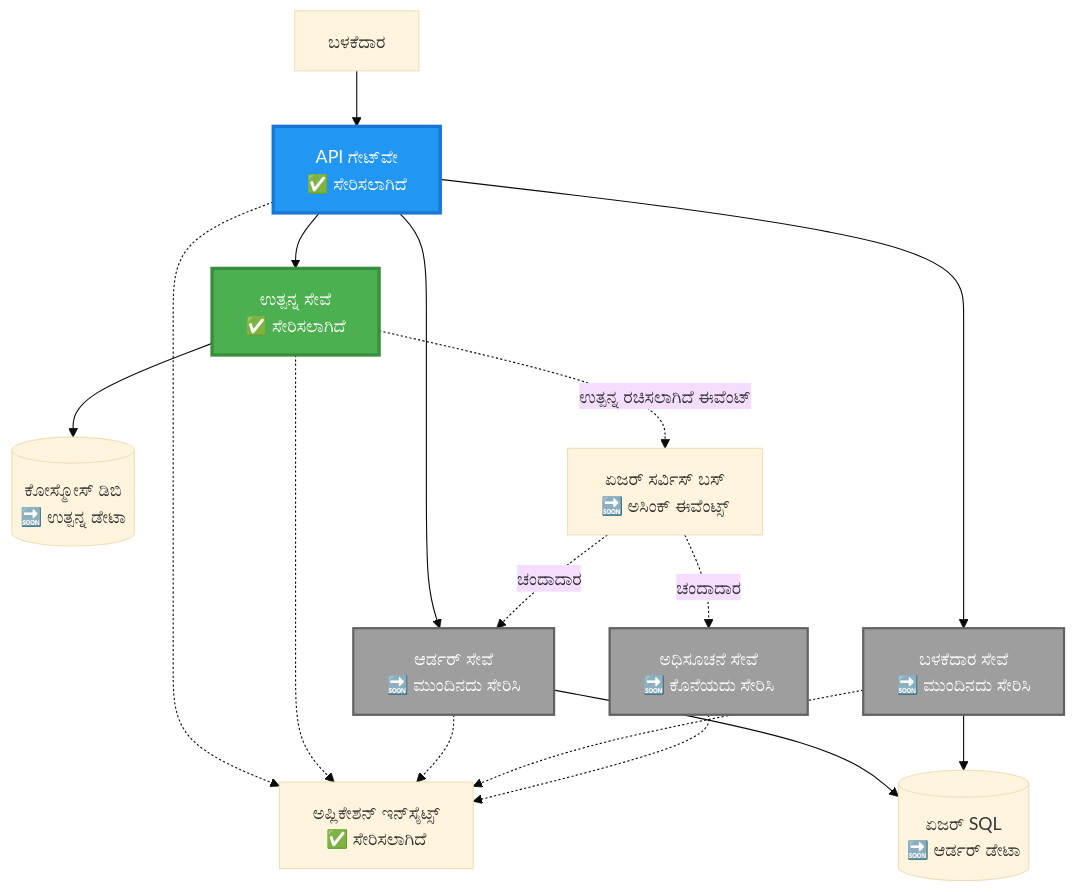
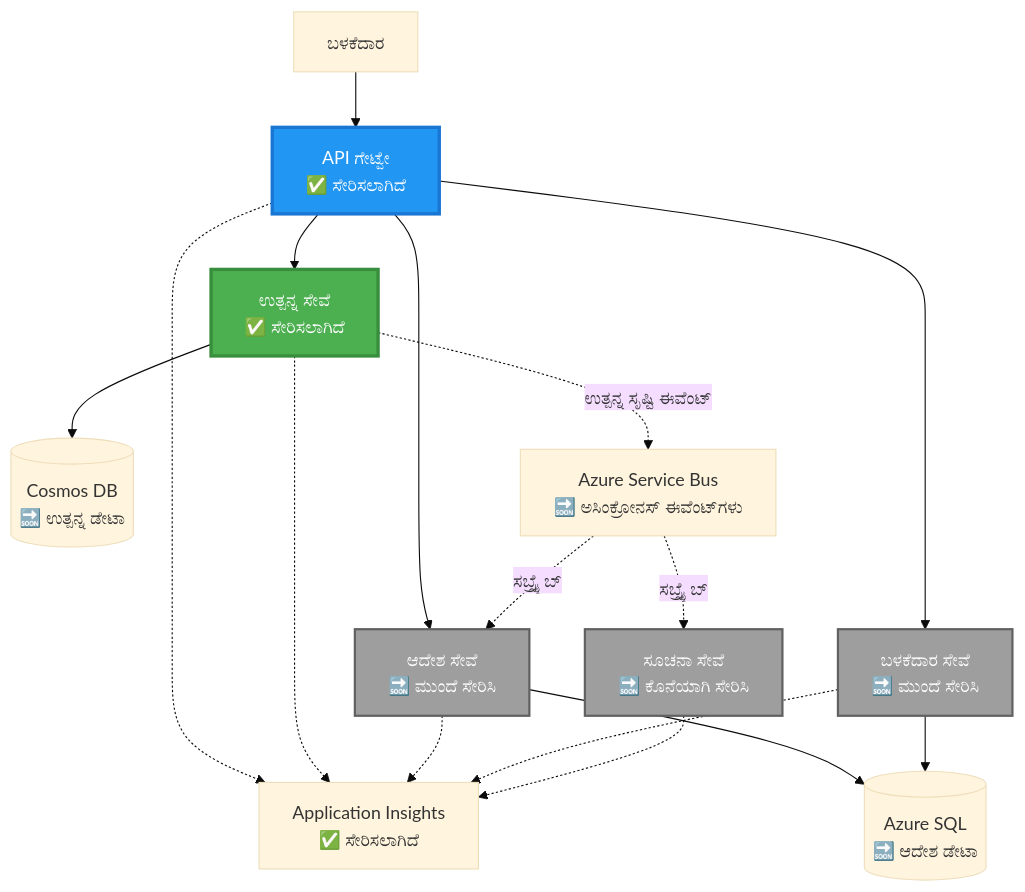
One commit to microsoft/AZD-for-beginners changed the second of 4 diagrams in translations/kn/examples/microservices/README.md. Above: the diagram before and after it, drawn with Mermaid (base theme). The commit also changed other lines of this file and 470 other files, not shown here.

````diff
--- a/translations/kn/examples/microservices/README.md
+++ b/translations/kn/examples/microservices/README.md
@@ -78,39 +69,39 @@
 ```mermaid
 graph TB
     User[ಬಳಕೆದಾರ]
-    Gateway[API ಗೇಟ್‌ವೇ<br/>✅ ಸೇರಿಸಲಾಗಿದೆ]
+    Gateway[API ಗೇಟ್ವೇ<br/>✅ ಸೇರಿಸಲಾಗಿದೆ]
     Product[ಉತ್ಪನ್ನ ಸೇವೆ<br/>✅ ಸೇರಿಸಲಾಗಿದೆ]
-    Order[ಆರ್ಡರ್ ಸೇವೆ<br/>🔜 ಮುಂದಿನದು ಸೇರಿಸಿ]
-    UserSvc[ಬಳಕೆದಾರ ಸೇವೆ<br/>🔜 ಮುಂದಿನದು ಸೇರಿಸಿ]
-    Notify[ಅಧಿಸೂಚನೆ ಸೇವೆ<br/>🔜 ಕೊನೆಯದು ಸೇರಿಸಿ]
+    Order[ಆದೇಶ ಸೇವೆ<br/>🔜 ಮುಂದೆ ಸೇರಿಸಿ]
+    UserSvc[ಬಳಕೆದಾರ ಸೇವೆ<br/>🔜 ಮುಂದೆ ಸೇರಿಸಿ]
+    Notify[ಸೂಚನಾ ಸೇವೆ<br/>🔜 ಕೊನೆಯಾಗಿ ಸೇರಿಸಿ]
     
-    CosmosDB[(ಕೋಸ್ಮೋಸ್ ಡಿಬಿ<br/>🔜 ಉತ್ಪನ್ನ ಡೇಟಾ)]
-    AzureSQL[(ಏಜರ್ SQL<br/>🔜 ಆರ್ಡರ್ ಡೇಟಾ)]
-    ServiceBus[ಏಜರ್ ಸರ್ವಿಸ್ ಬಸ್<br/>🔜 ಅಸಿಂಕ್ ಈವೆಂಟ್ಸ್]
-    AppInsights[ಅಪ್ಲಿಕೇಶನ್ ಇನ್‌ಸೈಟ್ಸ್<br/>✅ ಸೇರಿಸಲಾಗಿದೆ]
+    CosmosDB[(Cosmos DB<br/>🔜 ಉತ್ಪನ್ನ ಡೇಟಾ)]
+    AzureSQL[(Azure SQL<br/>🔜 ಆದೇಶ ಡೇಟಾ)]
+    ServiceBus[Azure Service Bus<br/>🔜 ಅಸಿಂಕ್ರೋನಸ್ ಈವೆಂಟ್‌ಗಳು]
+    AppInsights[Application Insights<br/>✅ ಸೇರಿಸಲಾಗಿದೆ]
     
     User --> Gateway
     Gateway --> Product
     Gateway --> Order
     Gateway --> UserSvc
     
     Product --> CosmosDB
     Order --> AzureSQL
     UserSvc --> AzureSQL
     
-    Product -.->|ಉತ್ಪನ್ನ ರಚಿಸಲಾಗಿದೆ ಈವೆಂಟ್| ServiceBus
-    ServiceBus -.->|ಚಂದಾದಾರ| Notify
-    ServiceBus -.->|ಚಂದಾದಾರ| Order
+    Product -.->|ಉತ್ಪನ್ನ ಸೃಷ್ಟಿ ಈವೆಂಟ್| ServiceBus
+    ServiceBus -.->|ಸಬ್ಸ್ಕ್ರೈಬ್| Notify
+    ServiceBus -.->|ಸಬ್ಸ್ಕ್ರೈಬ್| Order
     
     Gateway -.-> AppInsights
     Product -.-> AppInsights
     Order -.-> AppInsights
     UserSvc -.-> AppInsights
     Notify -.-> AppInsights
     
     style Product fill:#4CAF50,stroke:#388E3C,stroke-width:3px,color:#fff
     style Gateway fill:#2196F3,stroke:#1976D2,stroke-width:3px,color:#fff
     style Order fill:#9E9E9E,stroke:#616161,stroke-width:2px,color:#fff
     style UserSvc fill:#9E9E9E,stroke:#616161,stroke-width:2px,color:#fff
     style Notify fill:#9E9E9E,stroke:#616161,stroke-width:2px,color:#fff
 ```
````
